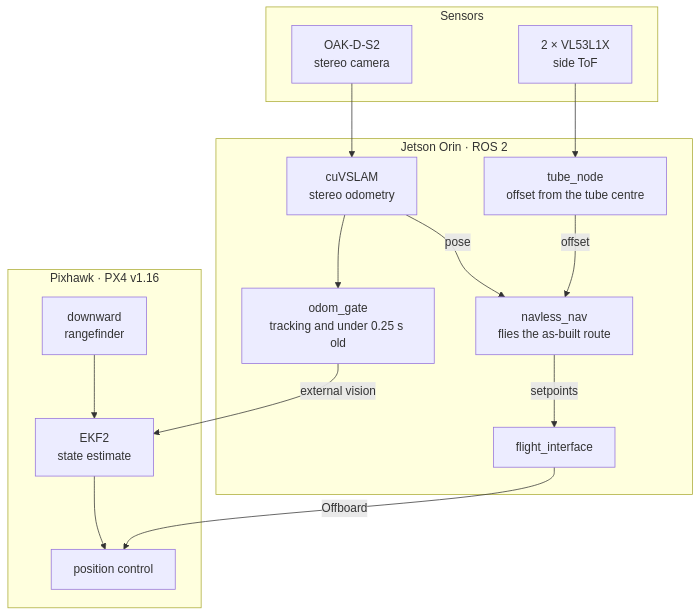
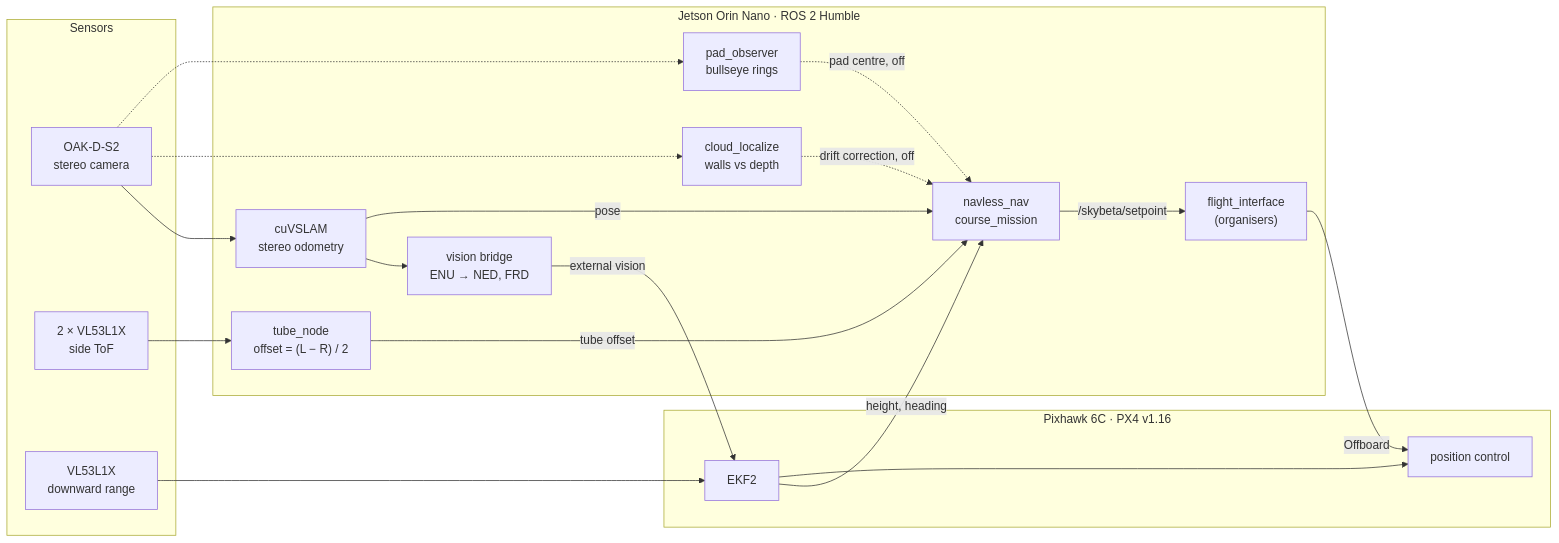
Before and after one commit to RaagaSundar/Navless: the first of 3 diagrams in README.md, drawn with Mermaid. The commit also changed other lines of this file and 11 other files, not shown here.

````diff
--- a/README.md
+++ b/README.md
@@ -51,29 +99,30 @@
 ```mermaid
-flowchart TB
+flowchart LR
   subgraph SENSORS["Sensors"]
     CAM["OAK-D-S2<br/>stereo camera"]
     TOF["2 × VL53L1X<br/>side ToF"]
+    RNG["VL53L1X<br/>downward range"]
   end
-  subgraph JETSON["Jetson Orin · ROS 2"]
+  subgraph JETSON["Jetson Orin Nano · ROS 2 Humble"]
     VS["cuVSLAM<br/>stereo odometry"]
-    TUBE["tube_node<br/>offset from the tube centre"]
-    GATE["odom_gate<br/>tracking and under 0.25 s old"]
-    NAV["navless_nav<br/>flies the as-built route"]
-    FI["flight_interface"]
+    BR["vision bridge<br/>ENU → NED, FRD"]
+    TN["tube_node<br/>offset = (L − R) / 2"]
+    NAV["navless_nav<br/>course_mission"]
+    FI["flight_interface<br/>(organisers)"]
+    LOC["cloud_localize<br/>walls vs depth"]
+    PAD["pad_observer<br/>bullseye rings"]
   end
-  subgraph AP["Pixhawk · PX4 v1.16"]
-    RNG["downward<br/>rangefinder"]
-    EKF["EKF2<br/>state estimate"]
+  subgraph PX4["Pixhawk 6C · PX4 v1.16"]
+    EKF["EKF2"]
     CTRL["position control"]
   end
-  CAM --> VS
-  TOF --> TUBE
-  VS --> GATE
+  CAM --> VS --> BR -->|external vision| EKF
+  RNG --> EKF
   VS -->|pose| NAV
-  TUBE -->|offset| NAV
-  NAV -->|setpoints| FI
-  GATE -->|external vision| EKF
-  RNG --> EKF
-  FI -->|Offboard| CTRL
+  TOF --> TN -->|tube offset| NAV
+  CAM -.-> LOC -.->|drift correction, off| NAV
+  CAM -.-> PAD -.->|pad centre, off| NAV
+  EKF -->|height, heading| NAV
+  NAV -->|/skybeta/setpoint| FI -->|Offboard| CTRL
   EKF --> CTRL
 ```
````
